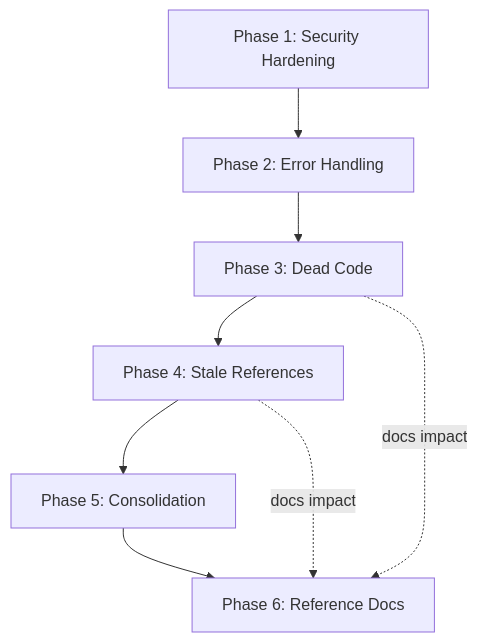
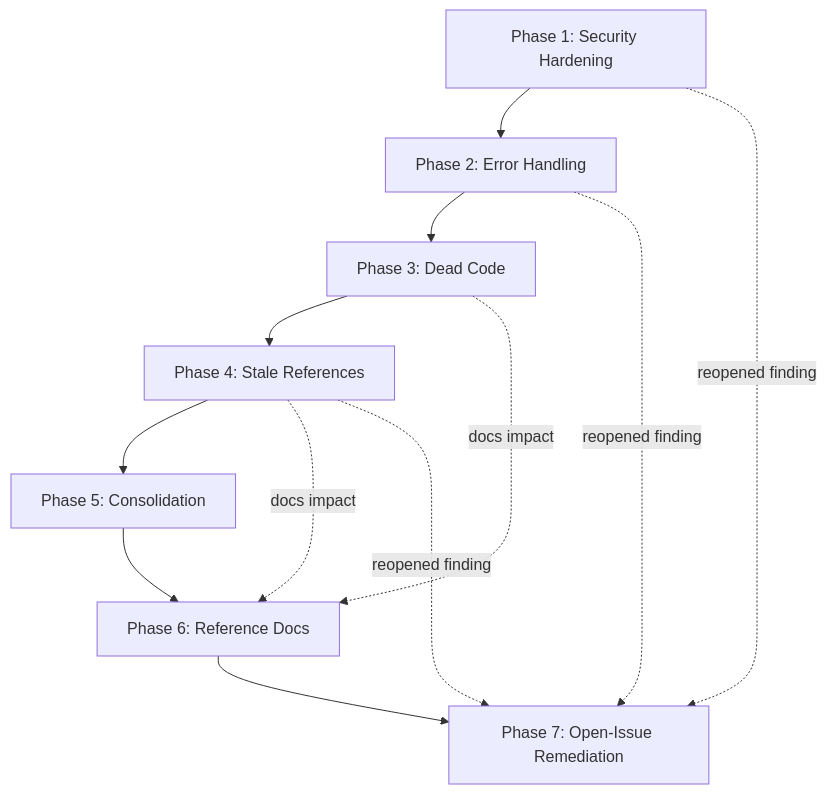
One commit to xbcsmith/xzatoma changed the diagram in docs/explanation/codebase_cleanup_plan.md. Above: the diagram before and after it, drawn with Mermaid. The commit also changed other lines of this file and 32 other files, not shown here.

Commit message:
feat: open-issue remediation phase 7 complete

````diff
--- a/docs/explanation/codebase_cleanup_plan.md
+++ b/docs/explanation/codebase_cleanup_plan.md
@@ -573,16 +674,21 @@
 ```mermaid
 graph TD
     P1[Phase 1: Security Hardening]
     P2[Phase 2: Error Handling]
     P3[Phase 3: Dead Code]
     P4[Phase 4: Stale References]
     P5[Phase 5: Consolidation]
     P6[Phase 6: Reference Docs]
+    P7[Phase 7: Open-Issue Remediation]
     P1 --> P2
     P2 --> P3
     P3 --> P4
     P4 --> P5
     P5 --> P6
+    P6 --> P7
     P3 -.docs impact.-> P6
     P4 -.docs impact.-> P6
+    P1 -.reopened finding.-> P7
+    P2 -.reopened finding.-> P7
+    P4 -.reopened finding.-> P7
 ```
````
